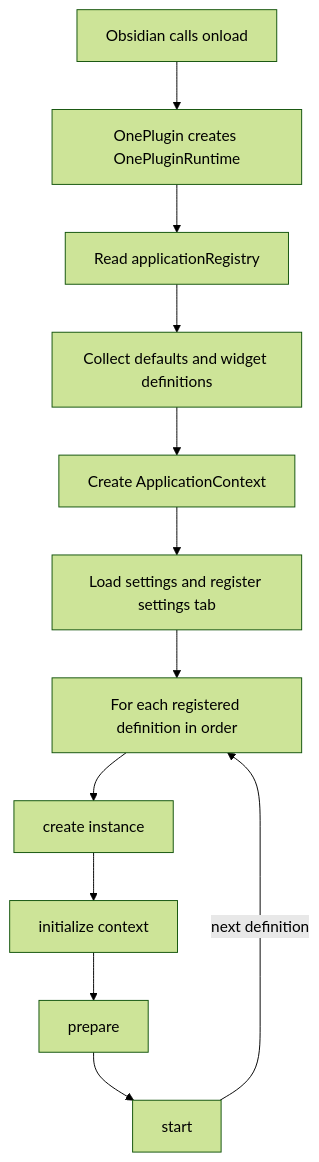
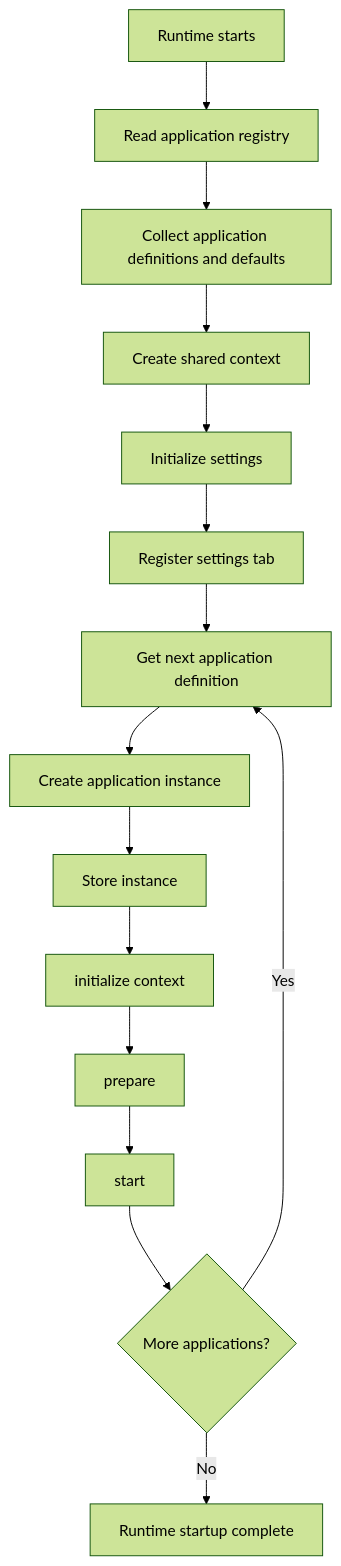
The second of 3 diagrams in docs/dev/Architecture/PLUGIN.md (Akkiraj1234/one-plugin), drawn with Mermaid (forest theme) before and after one commit. The commit also changed other lines of this file and 2 other files, not shown here.

````diff
--- a/docs/dev/Architecture/PLUGIN.md
+++ b/docs/dev/Architecture/PLUGIN.md
@@ -31,14 +193,17 @@
 ```mermaid
 flowchart TD
-	A[Obsidian calls onload] --> B[OnePlugin creates OnePluginRuntime]
-	B --> C[Read applicationRegistry]
-	C --> D[Collect defaults and widget definitions]
-	D --> E[Create ApplicationContext]
-	E --> F[Load settings and register settings tab]
-	F --> G[For each registered definition in order]
-	G --> H[create instance]
-	H --> I[initialize context]
-	I --> J[prepare]
-	J --> K[start]
-	K -->|next definition| G
+    A[Runtime starts] --> B[Read application registry]
+    B --> C[Collect application definitions and defaults]
+    C --> D[Create shared context]
+    D --> E[Initialize settings]
+    E --> F[Register settings tab]
+    F --> G[Get next application definition]
+    G --> H[Create application instance]
+    H --> I[Store instance]
+    I --> J[initialize context]
+    J --> K[prepare]
+    K --> L[start]
+    L --> M{More applications?}
+    M -->|Yes| G
+    M -->|No| N[Runtime startup complete]
 ```
````
